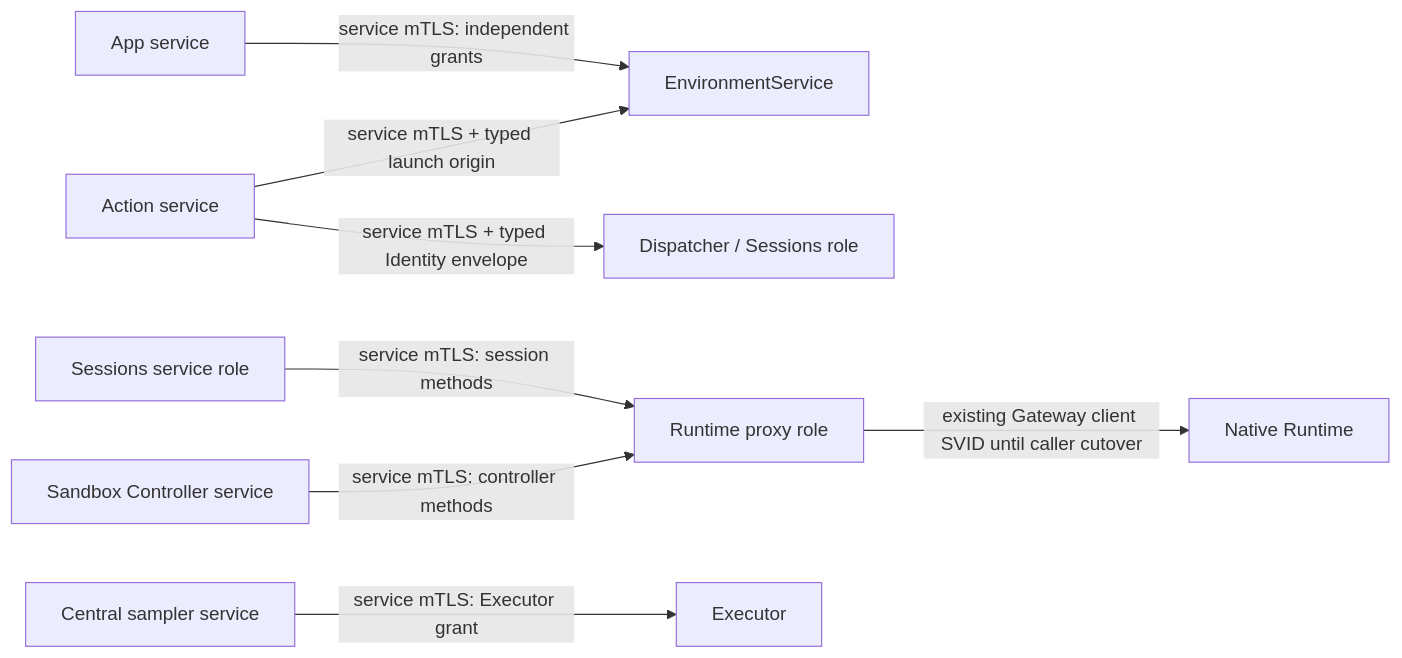
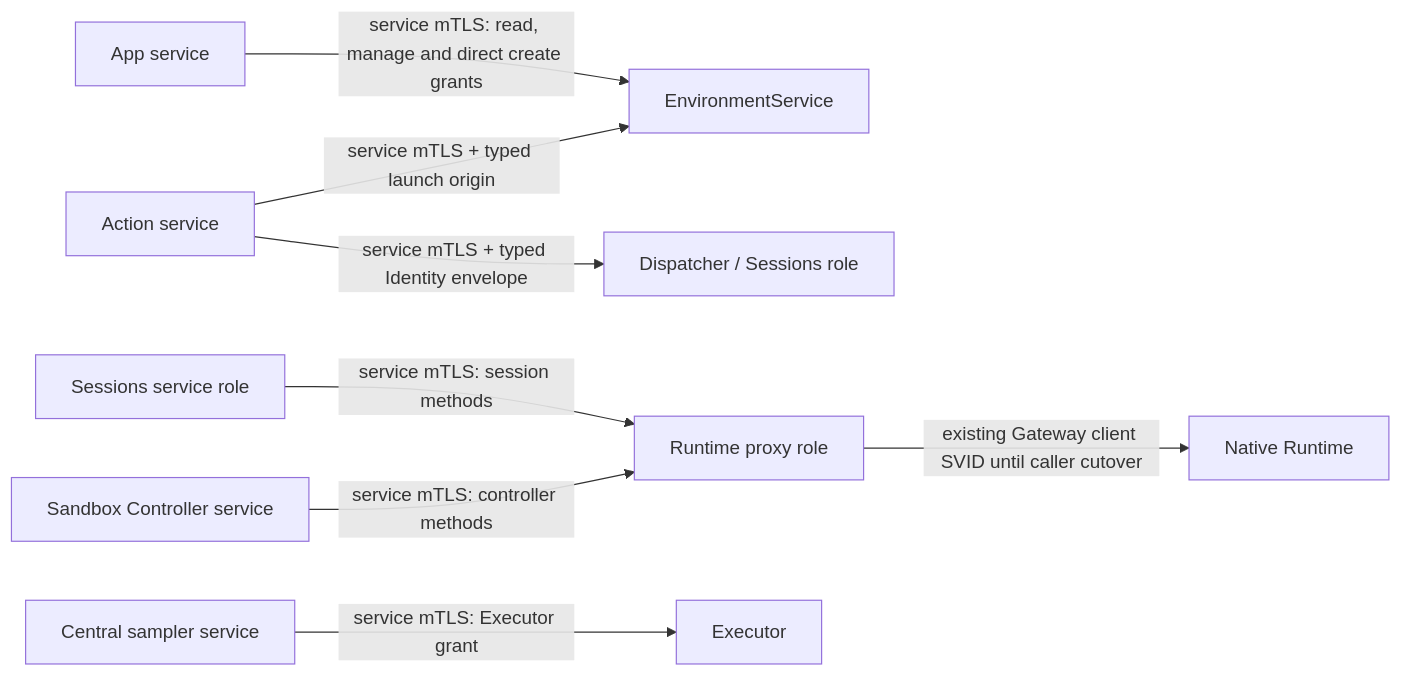
One commit to agentydragon/ducktape changed the third of 18 diagrams in agentplane/docs/system_overview.md. Above: the diagram before and after it, drawn with Mermaid. The commit also changed 3 other files, not shown here.

Commit message:
Admit EnvironmentService managers for direct creates

````diff
--- a/agentplane/docs/system_overview.md
+++ b/agentplane/docs/system_overview.md
@@ -340,10 +340,10 @@
 ```mermaid
 flowchart LR
-    app[App service] -->|service mTLS: independent grants| environments[EnvironmentService]
+    app[App service] -->|service mTLS: read, manage and direct create grants| environments[EnvironmentService]
     actions[Action service] -->|service mTLS + typed Identity envelope| dispatcher[Dispatcher / Sessions role]
     actions -->|service mTLS + typed launch origin| environments
     sessions[Sessions service role] -->|service mTLS: session methods| proxy[Runtime proxy role]
     controller[Sandbox Controller service] -->|service mTLS: controller methods| proxy
     sampler[Central sampler service] -->|service mTLS: Executor grant| executor[Executor]
     proxy -->|existing Gateway client SVID until caller cutover| runtime[Native Runtime]
 ```
````
